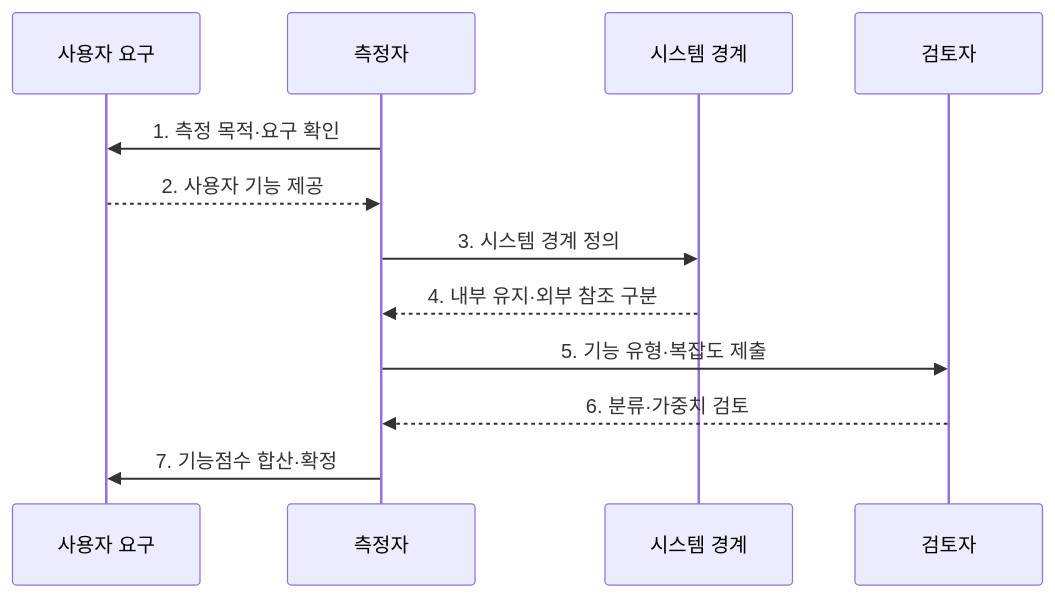
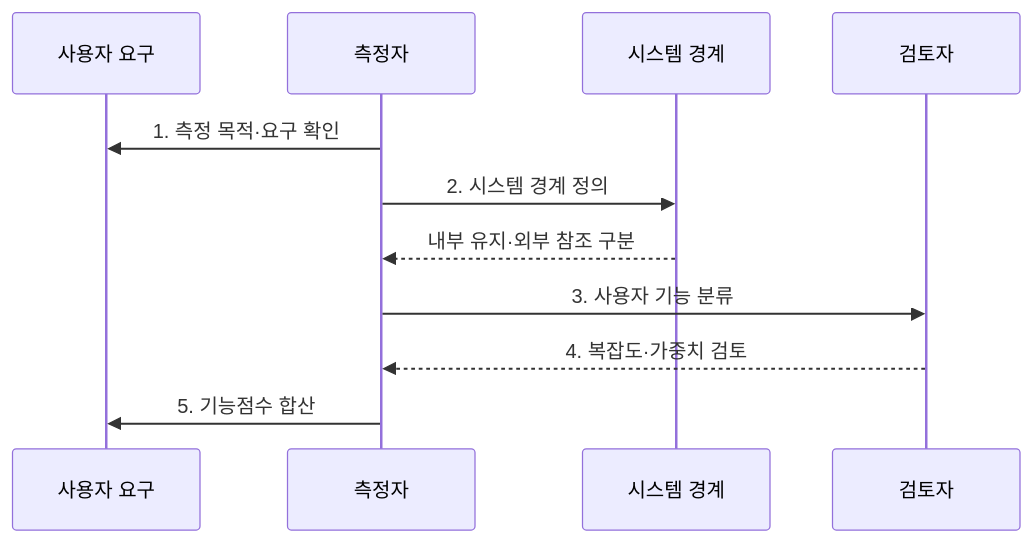
Before and after one commit to agnusdei1207/knowledge-base: the second of 2 diagrams in src/content/docs/notes/03-software/073_function_point.md, drawn with Mermaid. The commit also changed other lines of this file and 238 other files, not shown here.

````diff
--- a/src/content/docs/notes/03-software/073_function_point.md
+++ b/src/content/docs/notes/03-software/073_function_point.md
@@ -87,14 +87,13 @@
 ```mermaid
 sequenceDiagram
     participant U as 사용자 요구
     participant A as 측정자
     participant S as 시스템 경계
     participant R as 검토자
     A->>U: 1. 측정 목적·요구 확인
-    U-->>A: 2. 사용자 기능 제공
-    A->>S: 3. 시스템 경계 정의
-    S-->>A: 4. 내부 유지·외부 참조 구분
-    A->>R: 5. 기능 유형·복잡도 제출
-    R-->>A: 6. 분류·가중치 검토
-    A->>U: 7. 기능점수 합산·확정
+    A->>S: 2. 시스템 경계 정의
+    S-->>A: 내부 유지·외부 참조 구분
+    A->>R: 3. 사용자 기능 분류
+    R-->>A: 4. 복잡도·가중치 검토
+    A->>U: 5. 기능점수 합산
 ```
````
